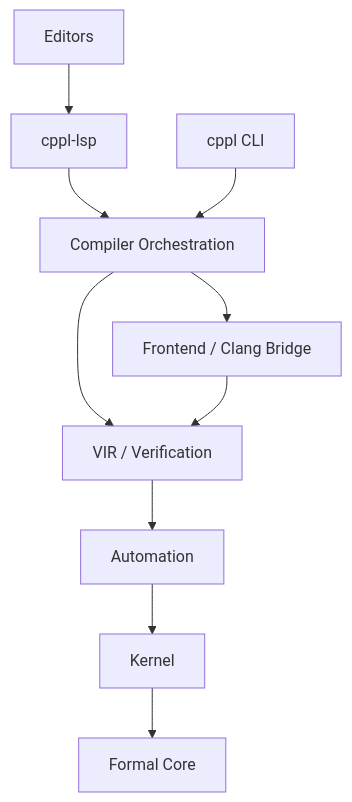
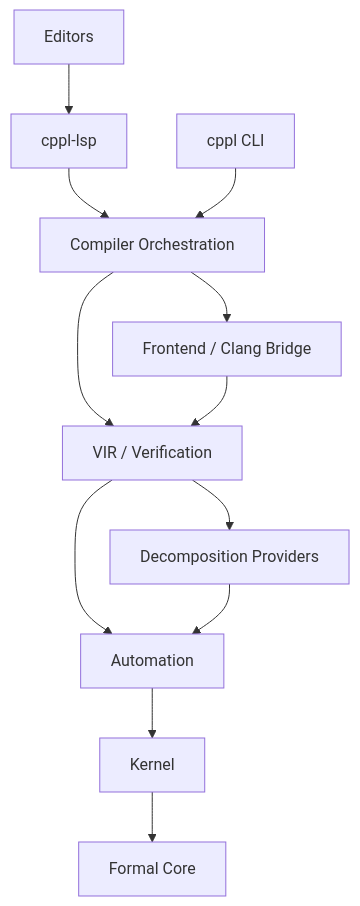
One commit to MattCCC/cppl changed diagram 15 of 24 in ARCHITECTURE.md. Above: the diagram before and after it, drawn with Mermaid. The commit also changed other lines of this file and 16 other files, not shown here.

Commit message:
docs: state proof decomposition as the case architecture

````diff
--- a/ARCHITECTURE.md
+++ b/ARCHITECTURE.md
@@ -1499,24 +1499,27 @@
 ```mermaid
 flowchart TD
     EDITORS["Editors"]
     LSP["cppl-lsp"]
     CLI["cppl CLI"]
     COMP["Compiler Orchestration"]
     FRONT["Frontend / Clang Bridge"]
     VIR["VIR / Verification"]
+    DECOMP["Decomposition Providers"]
     AUTO["Automation"]
     KERNEL["Kernel"]
     CORE["Formal Core"]
 
     EDITORS --> LSP
     LSP --> COMP
     CLI --> COMP
 
     COMP --> FRONT
     COMP --> VIR
 
     FRONT --> VIR
+    VIR --> DECOMP
     VIR --> AUTO
+    DECOMP --> AUTO
     AUTO --> KERNEL
     KERNEL --> CORE
 ```
````
